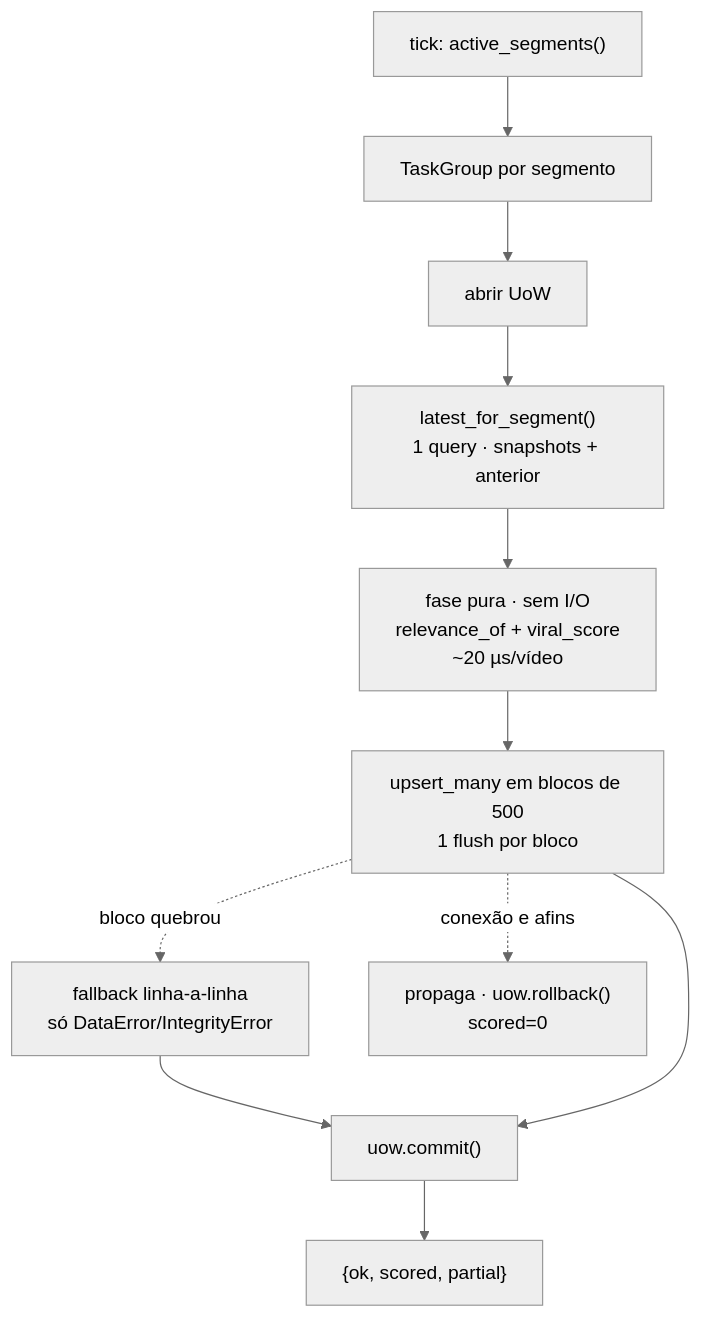
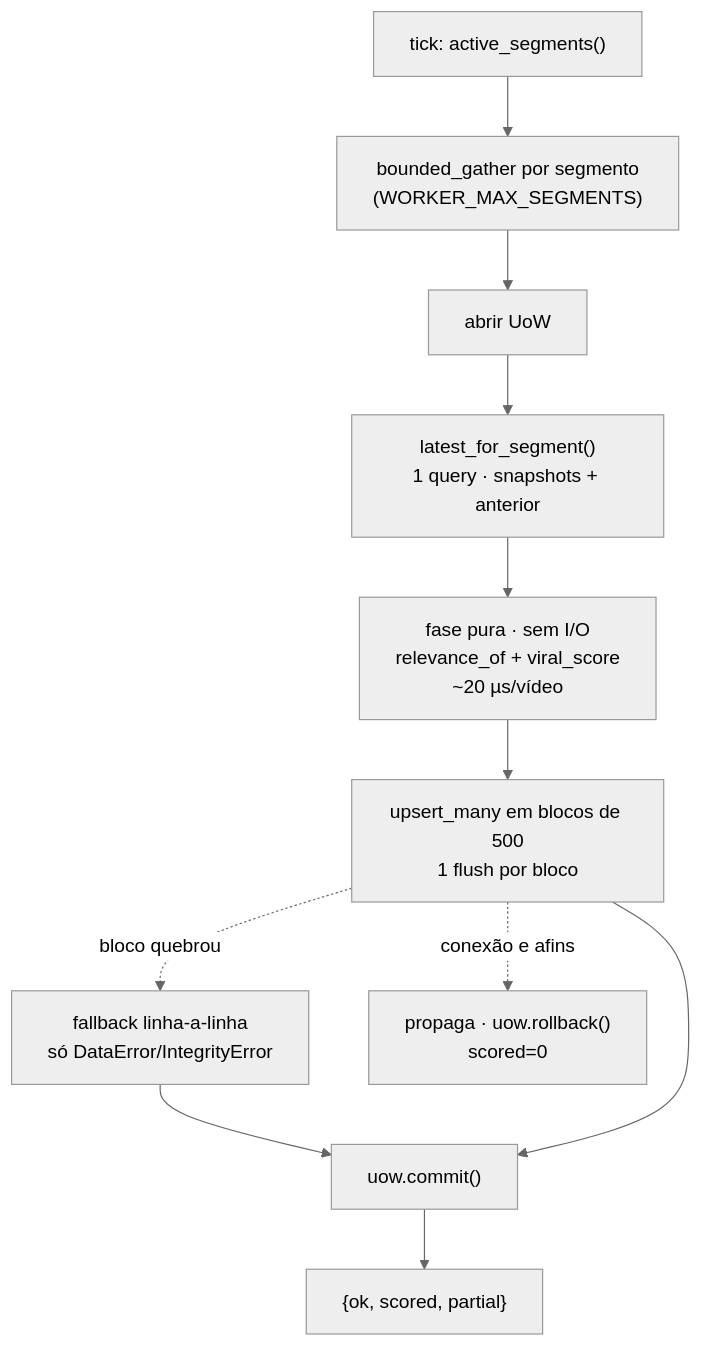
The fourth of 7 diagrams in docs/diagram/fluxos.md (leonardodg/content-factory), drawn with Mermaid (neutral theme) before and after one commit. The commit also changed other lines of this file and 5 other files, not shown here.

````diff
--- a/docs/diagram/fluxos.md
+++ b/docs/diagram/fluxos.md
@@ -94,13 +94,13 @@
 ```mermaid
 flowchart TD
-    A["tick: active_segments()"] --> B["TaskGroup por segmento"]
+    A["tick: active_segments()"] --> B["bounded_gather por segmento<br/>(WORKER_MAX_SEGMENTS)"]
     B --> U["abrir UoW"]
     U --> L["latest_for_segment()<br/>1 query · snapshots + anterior"]
     L --> V["fase pura · sem I/O<br/>relevance_of + viral_score<br/>~20 µs/vídeo"]
     V --> W["upsert_many em blocos de 500<br/>1 flush por bloco"]
     W -.->|bloco quebrou| F["fallback linha-a-linha<br/>só DataError/IntegrityError"]
     F --> K["uow.commit()"]
     W --> K
     K --> O["{ok, scored, partial}"]
     W -.->|conexão e afins| RB["propaga · uow.rollback()<br/>scored=0"]
 ```
````
